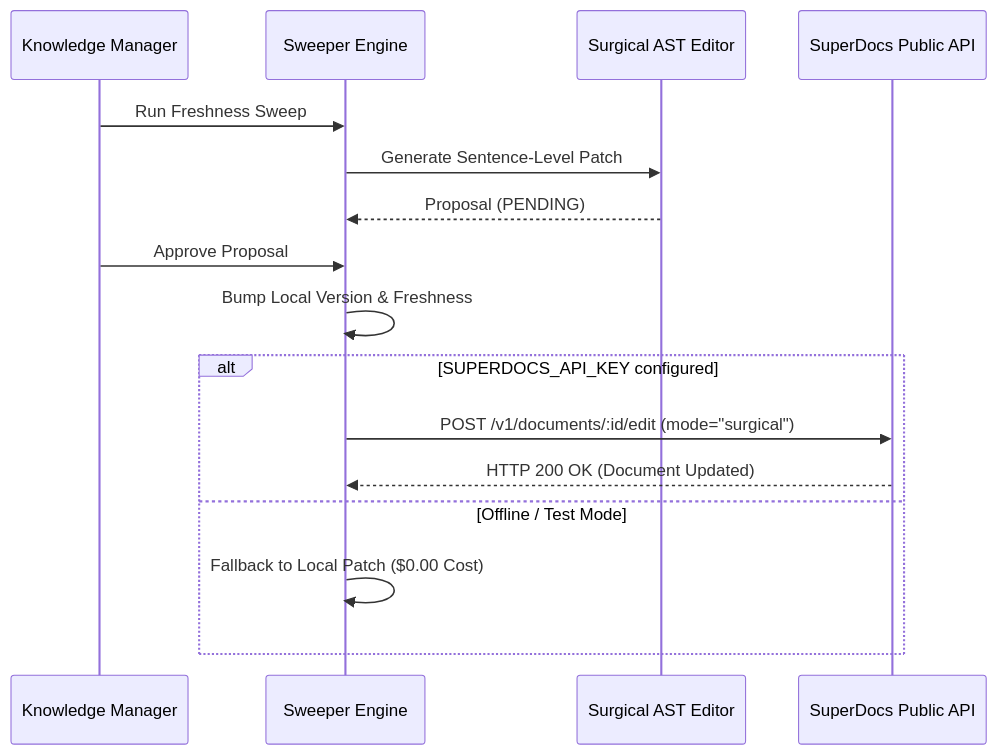
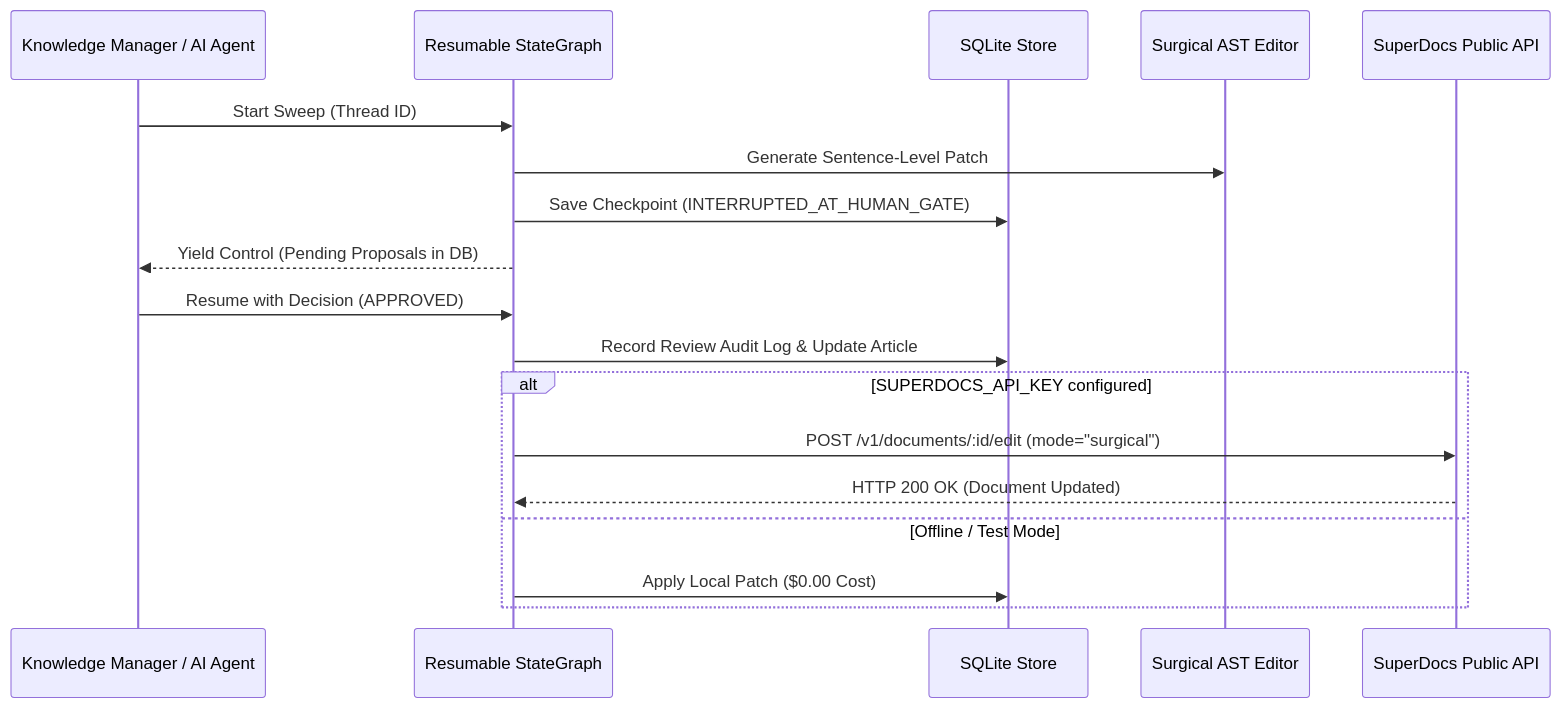
Before and after one commit to deadheaven07/superdocs-builds: the second of 2 diagrams in extensions/deadheaven07/knowledge-base-freshness-sweeper/README.md, drawn with Mermaid. The commit also changed other lines of this file and 31 other files, not shown here.

Commit message:
feat(sweeper): upgrade to top-2 candidate with control-arm drift benchmark, durable sqlite, resumable agent-graph, and mcp server

````diff
--- a/extensions/deadheaven07/knowledge-base-freshness-sweeper/README.md
+++ b/extensions/deadheaven07/knowledge-base-freshness-sweeper/README.md
@@ -125,19 +145,21 @@
 ```mermaid
 sequenceDiagram
-    participant User as Knowledge Manager
-    participant Sweeper as Sweeper Engine
+    participant User as Knowledge Manager / AI Agent
+    participant Graph as Resumable StateGraph
+    participant DB as SQLite Store
     participant AST as Surgical AST Editor
     participant SuperDocs as SuperDocs Public API
 
-    User->>Sweeper: Run Freshness Sweep
-    Sweeper->>AST: Generate Sentence-Level Patch
-    AST-->>Sweeper: Proposal (PENDING)
-    User->>Sweeper: Approve Proposal
-    Sweeper->>Sweeper: Bump Local Version & Freshness
+    User->>Graph: Start Sweep (Thread ID)
+    Graph->>AST: Generate Sentence-Level Patch
+    Graph->>DB: Save Checkpoint (INTERRUPTED_AT_HUMAN_GATE)
+    Graph-->>User: Yield Control (Pending Proposals in DB)
+    User->>Graph: Resume with Decision (APPROVED)
+    Graph->>DB: Record Review Audit Log & Update Article
     alt SUPERDOCS_API_KEY configured
-        Sweeper->>SuperDocs: POST /v1/documents/:id/edit (mode="surgical")
-        SuperDocs-->>Sweeper: HTTP 200 OK (Document Updated)
+        Graph->>SuperDocs: POST /v1/documents/:id/edit (mode="surgical")
+        SuperDocs-->>Graph: HTTP 200 OK (Document Updated)
     else Offline / Test Mode
-        Sweeper->>Sweeper: Fallback to Local Patch ($0.00 Cost)
+        Graph->>DB: Apply Local Patch ($0.00 Cost)
     end
 ```
````
